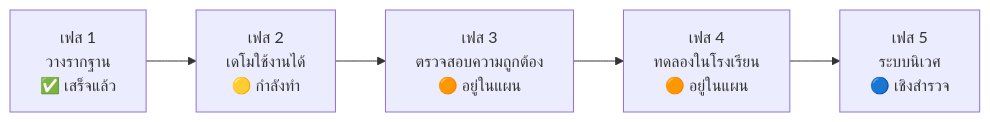
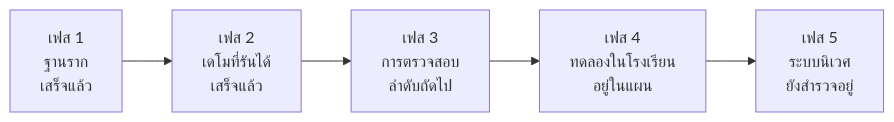
One commit to winxtxrgit/futureme-ai changed the fourth of 4 diagrams in READMETH.md. Above: the diagram before and after it, drawn with Mermaid. The commit also changed other lines of this file and 4 other files, not shown here.

````diff
--- a/READMETH.md
+++ b/READMETH.md
@@ -563,7 +465,7 @@
 ```mermaid
 flowchart LR
-    P1["เฟส 1<br/>วางรากฐาน<br/>✅ เสร็จแล้ว"] --> P2["เฟส 2<br/>เดโมใช้งานได้<br/>🟡 กำลังทำ"]
-    P2 --> P3["เฟส 3<br/>ตรวจสอบความถูกต้อง<br/>🟠 อยู่ในแผน"]
-    P3 --> P4["เฟส 4<br/>ทดลองในโรงเรียน<br/>🟠 อยู่ในแผน"]
-    P4 --> P5["เฟส 5<br/>ระบบนิเวศ<br/>🔵 เชิงสำรวจ"]
+    P1["เฟส 1<br/>ฐานราก<br/>เสร็จแล้ว"] --> P2["เฟส 2<br/>เดโมที่รันได้<br/>เสร็จแล้ว"]
+    P2 --> P3["เฟส 3<br/>การตรวจสอบ<br/>ลำดับถัดไป"]
+    P3 --> P4["เฟส 4<br/>ทดลองในโรงเรียน<br/>อยู่ในแผน"]
+    P4 --> P5["เฟส 5<br/>ระบบนิเวศ<br/>ยังสำรวจอยู่"]
 ```
````
